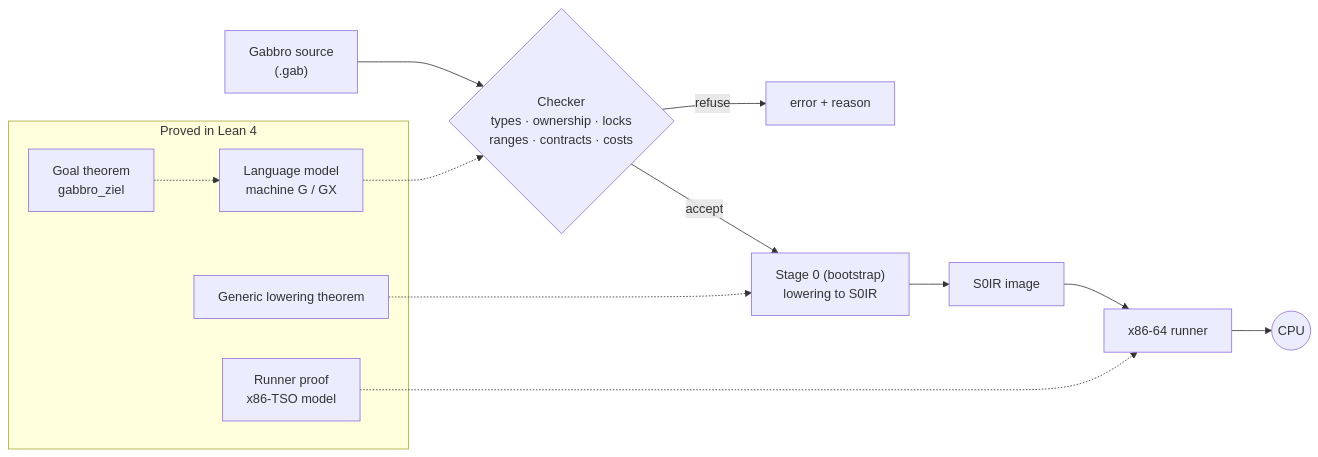
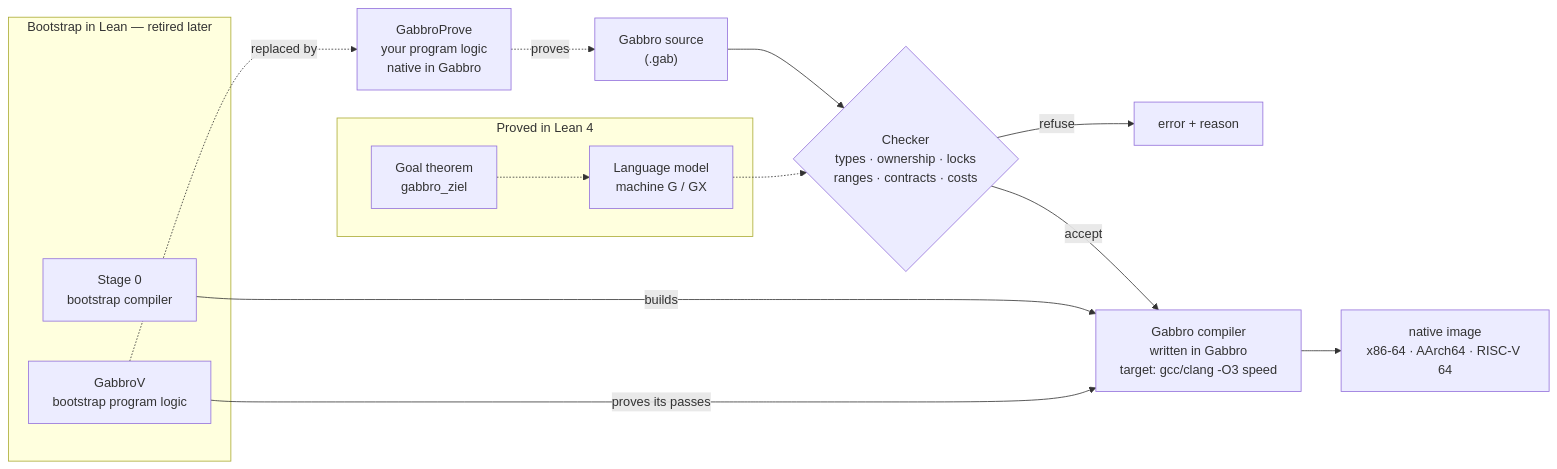
One commit to SimonVitzethum/Gabbro changed the diagram in README.md. Above: the diagram before and after it, drawn with Mermaid. The commit also changed other lines of this file, not shown here.

First line of the commit message:
docs(readme): diagram with the bootstrap tools, GabbroProve and the compiler being built

````diff
--- a/README.md
+++ b/README.md
@@ -186,18 +192,23 @@
 ```mermaid
 flowchart LR
     src["Gabbro source<br/>(.gab)"] --> chk{"Checker<br/>types · ownership · locks<br/>ranges · contracts · costs"}
     chk -- refuse --> err["error + reason"]
-    chk -- accept --> s0["Stage 0 (bootstrap)<br/>lowering to S0IR"]
-    s0 --> img["S0IR image"] --> run["x86-64 runner"] --> cpu(("CPU"))
+    chk -- accept --> comp["Gabbro compiler<br/>written in Gabbro<br/>target: gcc/clang -O3 speed"]
+    comp --> bin["native image<br/>x86-64 · AArch64 · RISC-V 64"]
+    prove["GabbroProve<br/>your program logic<br/>native in Gabbro"] -. "proves" .-> src
+
+    subgraph boot ["Bootstrap in Lean — retired later"]
+      s0["Stage 0<br/>bootstrap compiler"]
+      gv["GabbroV<br/>bootstrap program logic"]
+    end
+    s0 -- builds --> comp
+    gv -- "proves its passes" --> comp
+    gv -. "replaced by" .-> prove
 
     subgraph lean ["Proved in Lean 4"]
       model["Language model<br/>machine G / GX"]
       goal["Goal theorem<br/>gabbro_ziel"]
-      low["Generic lowering theorem"]
-      rt["Runner proof<br/>x86-TSO model"]
     end
+    goal -.-> model
     model -.-> chk
-    goal -.-> model
-    low -.-> s0
-    rt -.-> run
 ```
````
